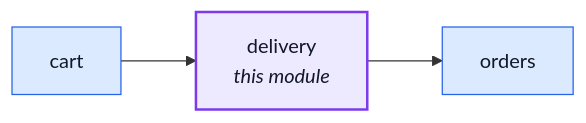
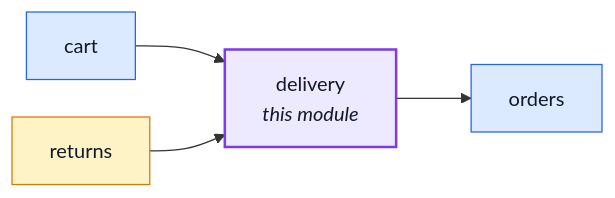
Before and after one commit to Guebbit/boilerplate-node-backend: the first of 2 diagrams in docs/modules/delivery.md, drawn with Mermaid. The commit also changed other lines of this file and 55 other files, not shown here.

````diff
--- a/docs/modules/delivery.md
+++ b/docs/modules/delivery.md
@@ -16,17 +16,20 @@
 ```mermaid
 %%{init: {'flowchart': {'nodeSpacing': 30, 'rankSpacing': 60}}}%%
 flowchart LR
     delivery["delivery<br/><i>this module</i>"]
     cart["cart"]
     orders["orders"]
+    returns["returns"]
 
     cart --> delivery
+    returns --> delivery
     delivery --> orders
 
     classDef core fill:#dbeafe,stroke:#2563eb,color:#111827;
     classDef supporting fill:#fef3c7,stroke:#d97706,color:#111827;
     classDef generic fill:#dcfce7,stroke:#16a34a,color:#111827;
     classDef centre fill:#ede9fe,stroke:#7c3aed,stroke-width:2px,color:#111827;
     class cart,orders core;
+    class returns supporting;
     class delivery centre;
 ```
````
